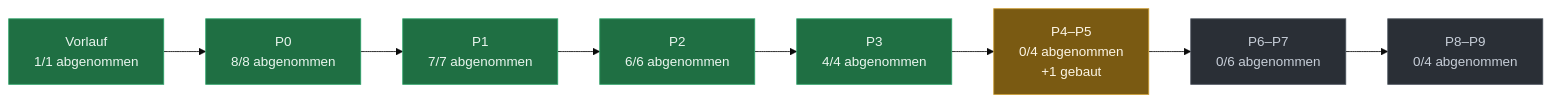
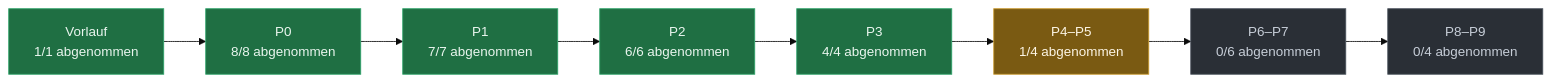
Before and after one commit to evenacadia-tech/Nakama: the diagram in docs/PLAN-STAND.md, drawn with Mermaid (base theme). The commit also changed other lines of this file and 8 other files, not shown here.

````diff
--- a/docs/PLAN-STAND.md
+++ b/docs/PLAN-STAND.md
@@ -35,21 +38,21 @@
 ```mermaid
 flowchart LR
   P0["Vorlauf<br/>1/1 abgenommen"]:::fertig
   P1["P0<br/>8/8 abgenommen"]:::fertig
   P0 --> P1
   P2["P1<br/>7/7 abgenommen"]:::fertig
   P1 --> P2
   P3["P2<br/>6/6 abgenommen"]:::fertig
   P2 --> P3
   P4["P3<br/>4/4 abgenommen"]:::fertig
   P3 --> P4
-  P5["P4–P5<br/>0/4 abgenommen<br/>+1 gebaut"]:::laeuft
+  P5["P4–P5<br/>1/4 abgenommen"]:::laeuft
   P4 --> P5
   P6["P6–P7<br/>0/6 abgenommen"]:::offen
   P5 --> P6
   P7["P8–P9<br/>0/4 abgenommen"]:::offen
   P6 --> P7
   classDef fertig fill:#1f6f43,stroke:#2ea36a,color:#eaf6ef
   classDef laeuft fill:#7a5a12,stroke:#c99a2e,color:#fdf6e6
   classDef offen  fill:#2a2f36,stroke:#4a525c,color:#c7ced8
 ```
````
